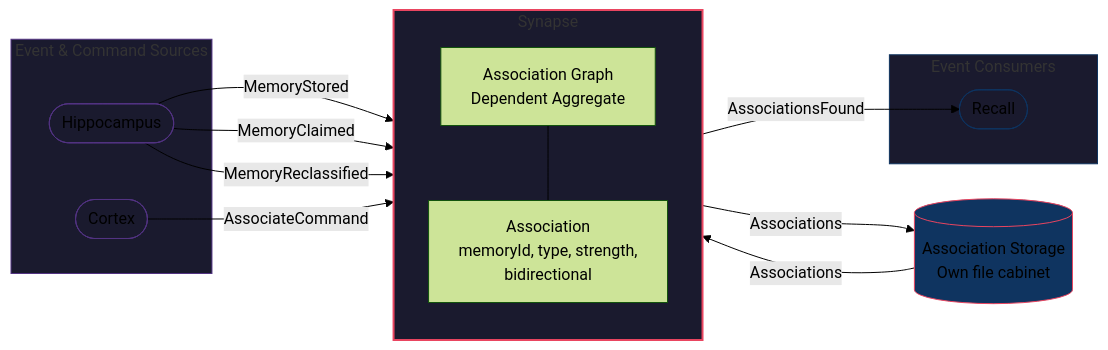
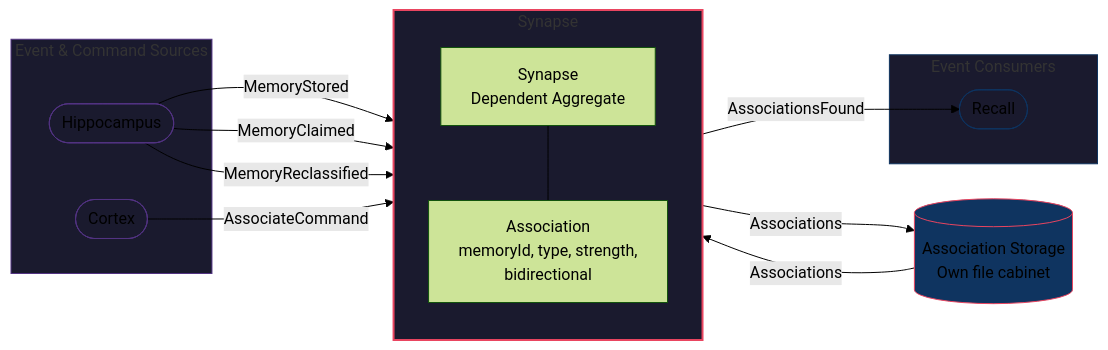
One commit to Mimis-Gildi/mcp-total-recall changed the diagram in site/_includes/diagrams/sy-0001-synapse.mmd. Above: the diagram before and after it, drawn with Mermaid (forest theme). The commit also changed 71 other files, not shown here.

First line of the commit message:
72-architecture-socialize-architecture-v1 (#73)

```diff
--- a/site/_includes/diagrams/sy-0001-synapse.mmd
+++ b/site/_includes/diagrams/sy-0001-synapse.mmd
@@ -1,36 +1,36 @@
 graph LR
     subgraph Sources ["Event & Command Sources"]
         HP(["Hippocampus"])
         CX(["Cortex"])
     end
 
     subgraph SY ["Synapse"]
         direction TB
-        GRAPH["Association Graph<br/>Dependent Aggregate"]
+        GRAPH["Synapse<br/>Dependent Aggregate"]
         ASSOC["Association<br/>memoryId, type, strength,<br/>bidirectional"]
         GRAPH --- ASSOC
     end
 
     subgraph Consumers ["Event Consumers"]
         RC(["Recall"])
     end
 
     ASP[("Association Storage<br/>Own file cabinet")]
 
     HP -- "MemoryStored" --> SY
     HP -- "MemoryClaimed" --> SY
     HP -- "MemoryReclassified" --> SY
     CX -- "AssociateCommand" --> SY
 
     SY -- "AssociationsFound" --> RC
 
     SY -- "Associations" --> ASP
     ASP -- "Associations" --> SY
 
     style Sources fill:#1a1a2e,stroke:#533483,stroke-width:1px
     style SY fill:#1a1a2e,stroke:#e94560,stroke-width:2px
     style Consumers fill:#1a1a2e,stroke:#0f3460,stroke-width:1px
     style ASP fill:#0f3460,stroke:#e94560,stroke-width:1px
     style HP fill:#1a1a2e,stroke:#533483,stroke-width:1px
     style CX fill:#1a1a2e,stroke:#533483,stroke-width:1px
     style RC fill:#1a1a2e,stroke:#0f3460,stroke-width:1px
```
